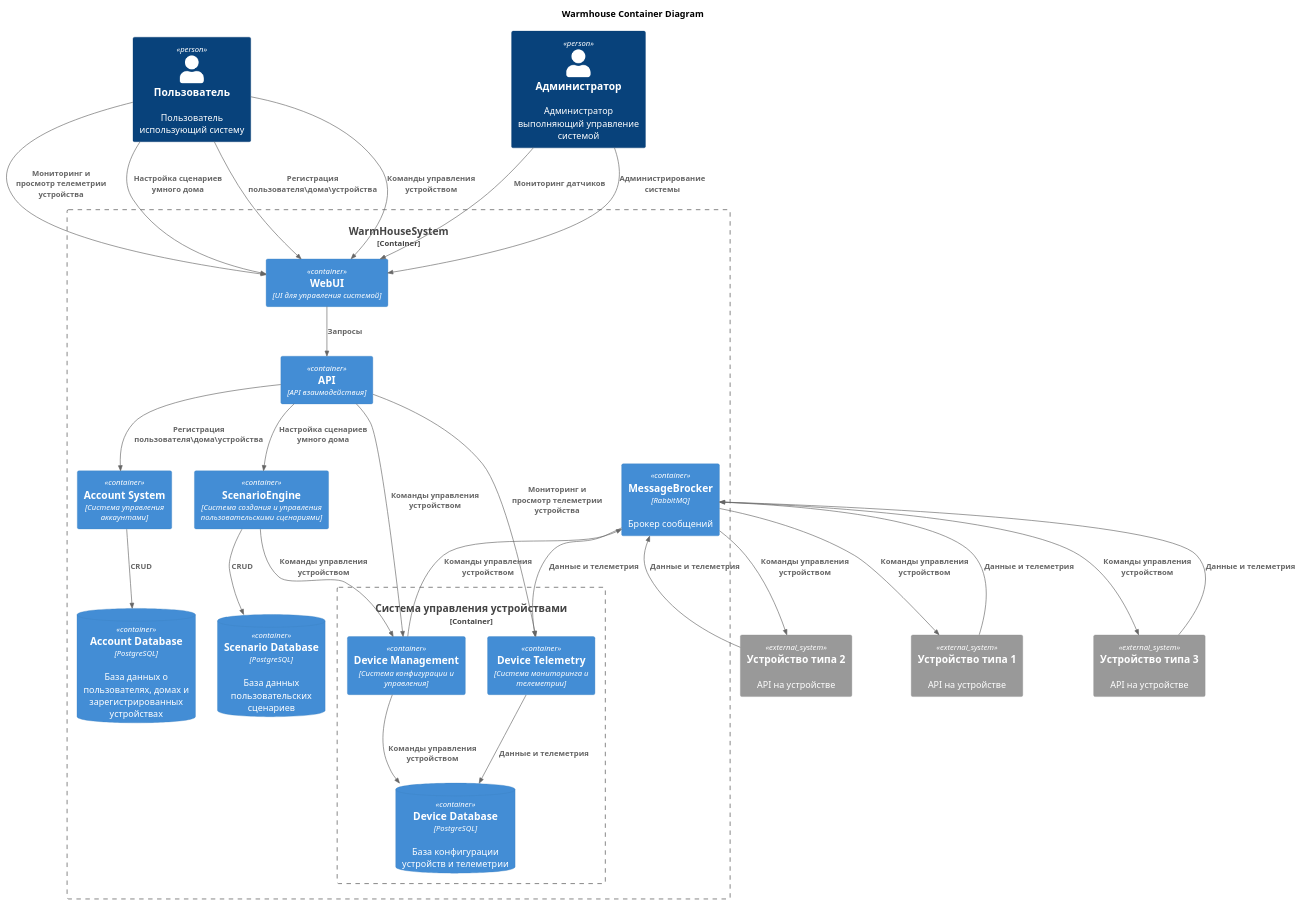
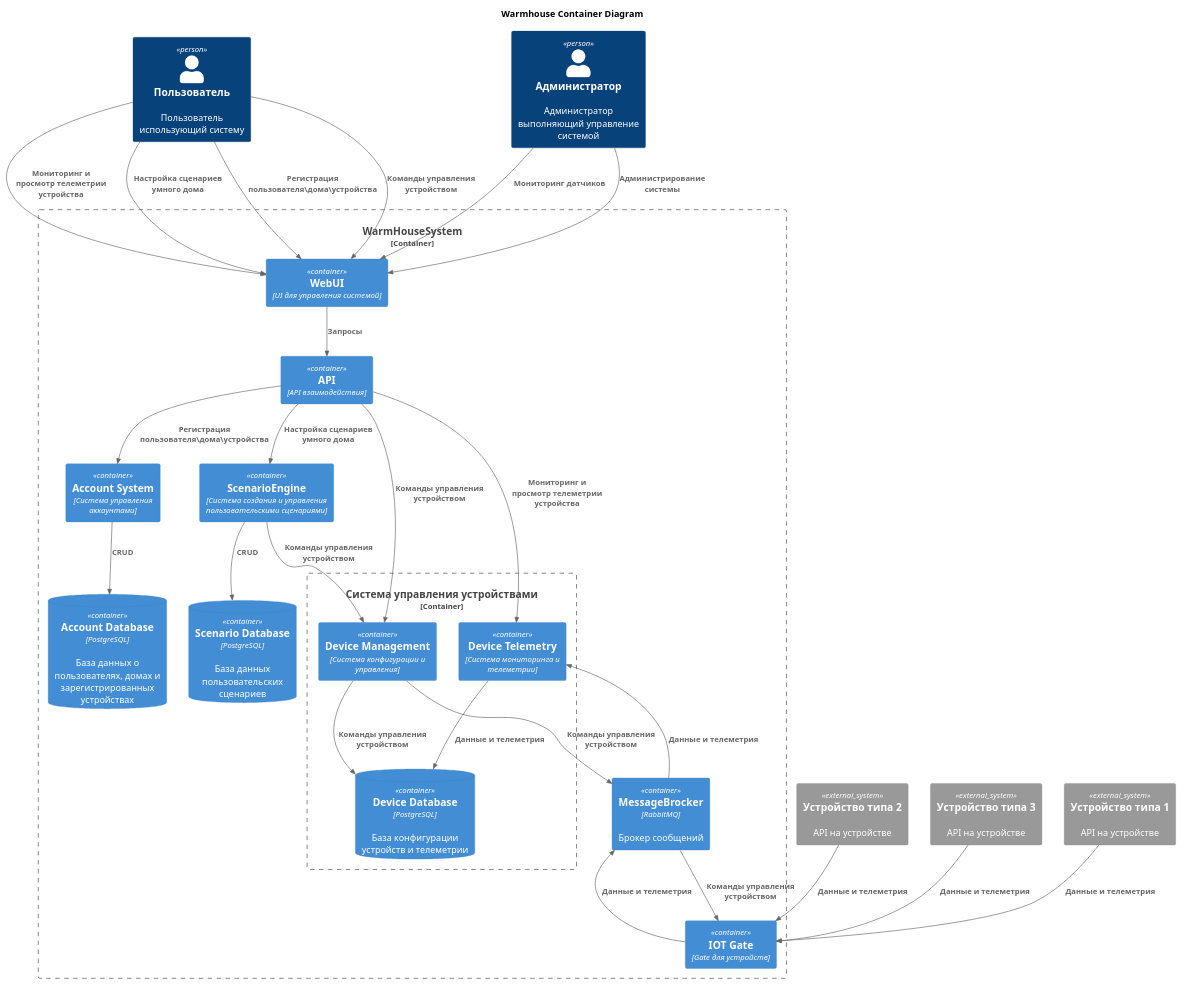
One commit to MasterKhajiit/architecture-warmhouse-1 changed the diagram in Schemes/C4_Container_Diagram.puml. Above: the diagram before and after it, drawn with PlantUML. The commit also changed 1 other file, not shown here.

Commit message:
Updated C4_Container_Diagram.puml and PNG

```diff
--- a/Schemes/C4_Container_Diagram.puml
+++ b/Schemes/C4_Container_Diagram.puml
@@ -1,66 +1,64 @@
 @startuml
 title Warmhouse Container Diagram
 
 !include https://raw.githubusercontent.com/RicardoNiepel/C4-PlantUML/master/C4_Container.puml
 
 Person(user, "Пользователь", "Пользователь использующий систему")
 Person(admin, "Администратор", "Администратор выполняющий управление системой")
 
 Container_Boundary(WarmHouseSystem, "WarmHouseSystem") {
     Container(WebUI, "WebUI", "UI для управления системой")
     Container(APIGate, "API", "API взаимодействия")
+    Container(IOTGate, "IOT Gate", "Gate для устройств")
 
     Container(AccountMGM, "Account System", "Система управления аккаунтами")
     ContainerDb(AccountDb, "Account Database", "PostgreSQL", "База данных о пользователях, домах и зарегистрированных устройствах")
 
     Container(ScenarioEngine, "ScenarioEngine", "Система создания и управления пользовательскими сценариями")
     ContainerDb(ScenarioDb, "Scenario Database", "PostgreSQL", "База данных пользовательских сценариев")
 
     Container_Boundary(DeviceMGM, "Система управления устройствами") {
         Container(Management, "Device Management", "Система конфигурации и управления")
         Container(Telemetry, "Device Telemetry", "Система мониторинга и телеметрии")
         ContainerDb(DeviceDb, "Device Database", "PostgreSQL", "База конфигурации устройств и телеметрии")
     }
     Container(MessageBrocker, "MessageBrocker", "RabbitMQ",  "Брокер сообщений")
 }
 
 System_Ext(sensor1, "Устройство типа 1", "API на устройстве")
 System_Ext(sensor2, "Устройство типа 2", "API на устройстве")
 System_Ext(sensor3, "Устройство типа 3", "API на устройстве")
 
 Rel(user, WebUI, "Регистрация пользователя\дома\устройства")
 Rel(user, WebUI, "Команды управления устройством")
 Rel(user, WebUI, "Мониторинг и просмотр телеметрии устройства")
 Rel(user, WebUI, "Настройка сценариев умного дома")
 
 Rel(admin, WebUI, "Мониторинг датчиков")
 Rel(admin, WebUI, "Администрирование системы")
 
 Rel(WebUI, APIGate, "Запросы")
 
 Rel(APIGate, AccountMGM, "Регистрация пользователя\дома\устройства")
 Rel(AccountMGM, AccountDb, "CRUD")
 
 Rel(APIGate, ScenarioEngine, "Настройка сценариев умного дома")
 Rel(ScenarioEngine, ScenarioDb, "CRUD")
 Rel(ScenarioEngine, Management, "Команды управления устройством")
 
 Rel(APIGate, Management, "Команды управления устройством")
 Rel(Management, DeviceDb, "Команды управления устройством")
 Rel(Management, MessageBrocker, "Команды управления устройством")
 
 Rel(APIGate, Telemetry, "Мониторинг и просмотр телеметрии устройства")
 Rel(MessageBrocker, Telemetry, "Данные и телеметрия")
 Rel(Telemetry, DeviceDb, "Данные и телеметрия")
 
+Rel(MessageBrocker, IOTGate, "Команды управления устройством")
+Rel(IOTGate, MessageBrocker, "Данные и телеметрия")
 
-
-Rel(MessageBrocker, sensor1, "Команды управления устройством")
-Rel(MessageBrocker, sensor2, "Команды управления устройством")
-Rel(MessageBrocker, sensor3, "Команды управления устройством")
-
-Rel(sensor1, MessageBrocker, "Данные и телеметрия")
-Rel(sensor2, MessageBrocker, "Данные и телеметрия")
-Rel(sensor3, MessageBrocker, "Данные и телеметрия")
+Rel(sensor1, IOTGate, "Данные и телеметрия")
+Rel(sensor2, IOTGate, "Данные и телеметрия")
+Rel(sensor3, IOTGate, "Данные и телеметрия")
 
 @enduml
```
